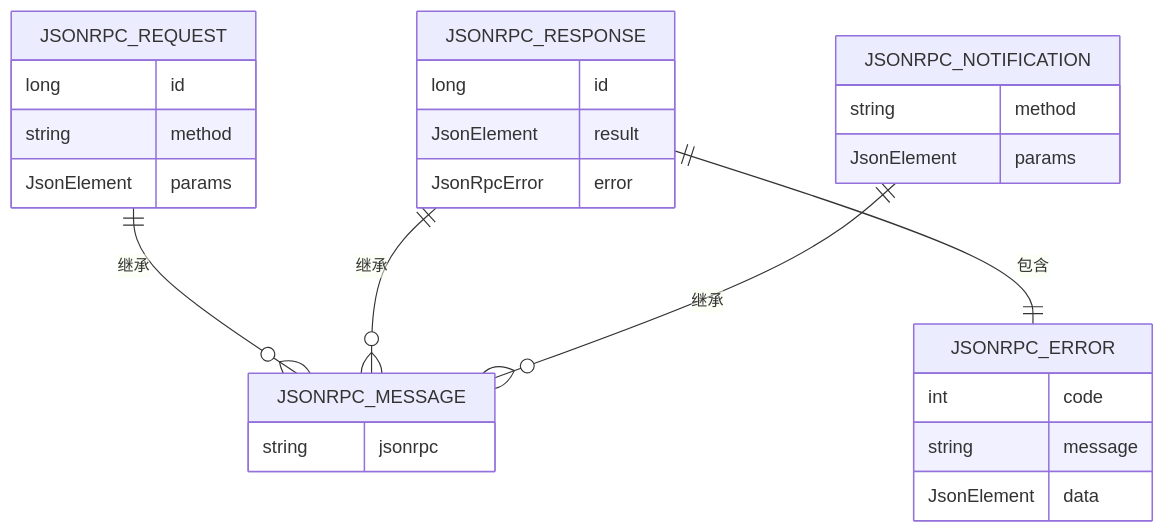
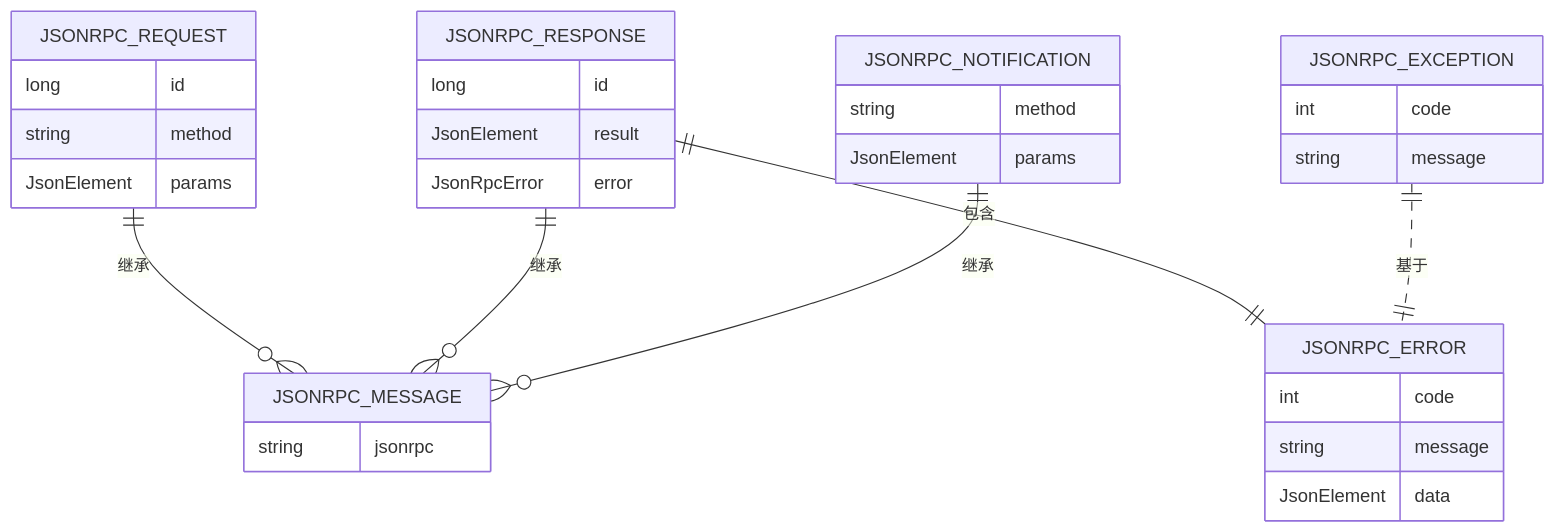
One commit to AgenticDesktop/ACPLibrary changed the fifth of 7 diagrams in .qoder/repowiki/zh/content/协议层/协议层.md. Above: the diagram before and after it, drawn with Mermaid. The commit also changed other lines of this file and 22 other files, not shown here.

````diff
--- a/.qoder/repowiki/zh/content/协议层/协议层.md
+++ b/.qoder/repowiki/zh/content/协议层/协议层.md
@@ -243,29 +277,34 @@
 ```mermaid
 erDiagram
 JSONRPC_MESSAGE {
 string jsonrpc
 }
 JSONRPC_REQUEST {
 long id
 string method
 JsonElement params
 }
 JSONRPC_RESPONSE {
 long id
 JsonElement result
 JsonRpcError error
 }
 JSONRPC_NOTIFICATION {
 string method
 JsonElement params
 }
 JSONRPC_ERROR {
 int code
 string message
 JsonElement data
 }
+JSONRPC_EXCEPTION {
+int code
+string message
+}
 JSONRPC_REQUEST ||--o{ JSONRPC_MESSAGE : "继承"
 JSONRPC_RESPONSE ||--o{ JSONRPC_MESSAGE : "继承"
 JSONRPC_NOTIFICATION ||--o{ JSONRPC_MESSAGE : "继承"
 JSONRPC_RESPONSE ||--|| JSONRPC_ERROR : "包含"
+JSONRPC_EXCEPTION ||..|| JSONRPC_ERROR : "基于"
 ```
````
